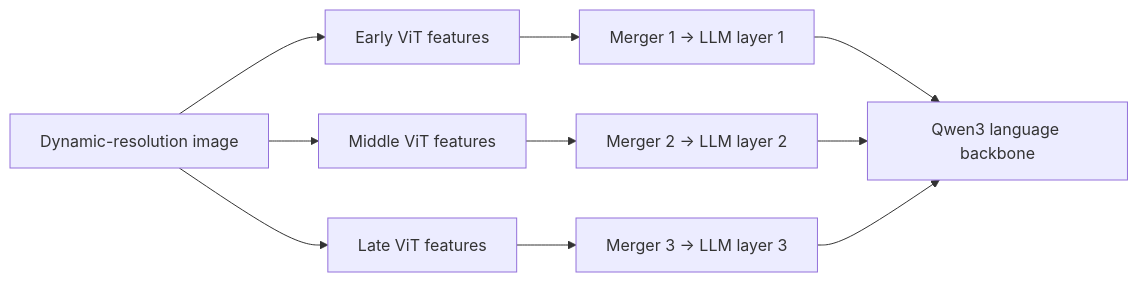
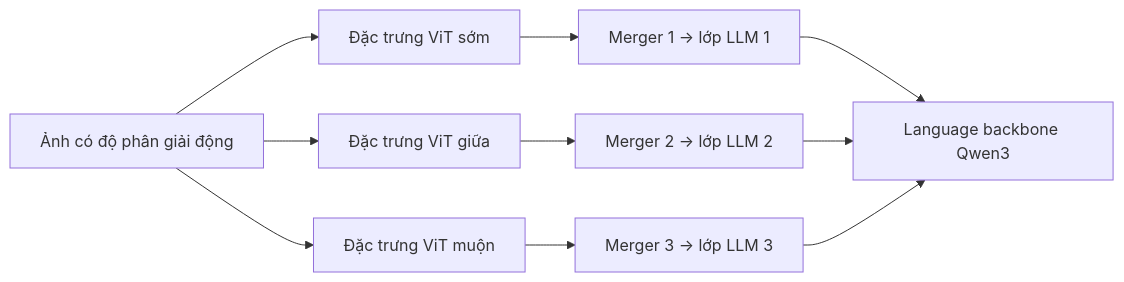
The fifth of 8 diagrams in docs/research_finding/01-gwen/broad_overview/LLM_VLM/recent_vlm_overview.md (cycler04/VinRobotics-VLA), drawn with Mermaid before and after one commit. The commit also changed other lines of this file and 79 other files, not shown here.

````diff
--- a/docs/research_finding/01-gwen/broad_overview/LLM_VLM/recent_vlm_overview.md
+++ b/docs/research_finding/01-gwen/broad_overview/LLM_VLM/recent_vlm_overview.md
@@ -404,12 +410,12 @@
 ```mermaid
 flowchart LR
-    I[Dynamic-resolution image] --> V1[Early ViT features]
-    I --> V2[Middle ViT features]
-    I --> V3[Late ViT features]
-    V1 --> M1[Merger 1 -> LLM layer 1]
-    V2 --> M2[Merger 2 -> LLM layer 2]
-    V3 --> M3[Merger 3 -> LLM layer 3]
-    M1 --> L[Qwen3 language backbone]
+    I[Ảnh có độ phân giải động] --> V1[Đặc trưng ViT sớm]
+    I --> V2[Đặc trưng ViT giữa]
+    I --> V3[Đặc trưng ViT muộn]
+    V1 --> M1[Merger 1 -> lớp LLM 1]
+    V2 --> M2[Merger 2 -> lớp LLM 2]
+    V3 --> M3[Merger 3 -> lớp LLM 3]
+    M1 --> L[Language backbone Qwen3]
     M2 --> L
     M3 --> L
 ```
````
